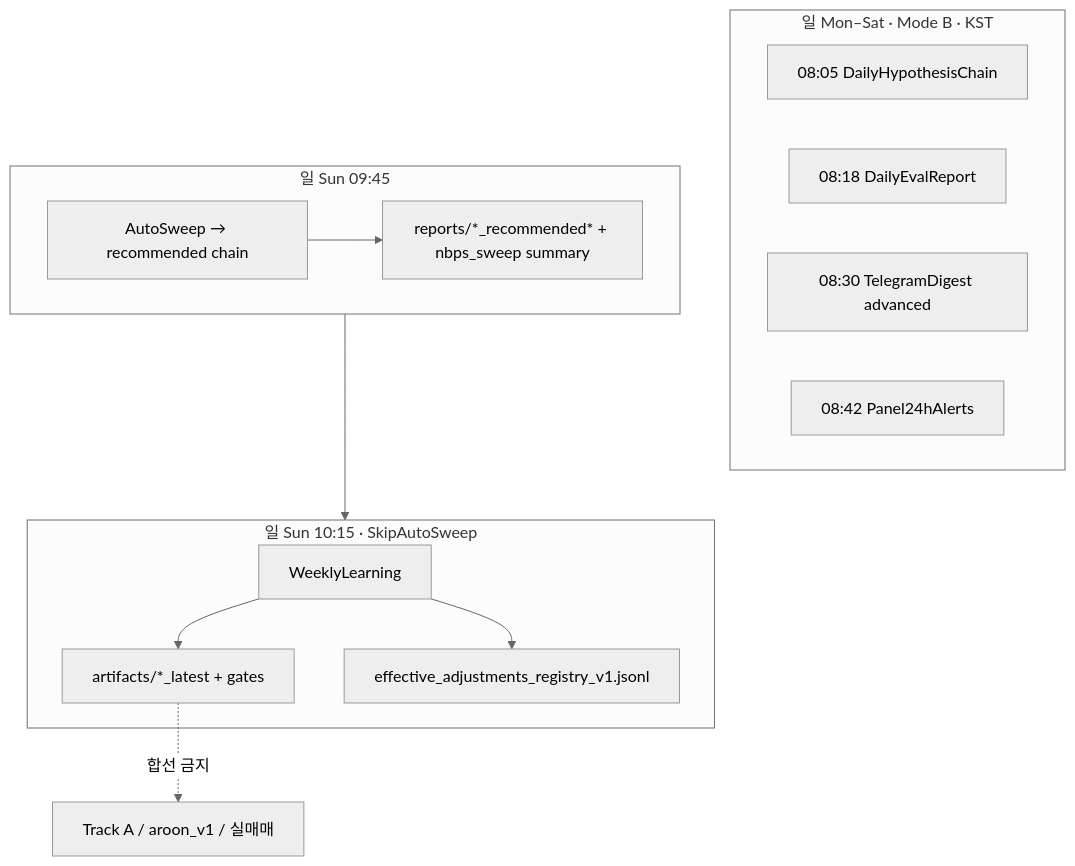
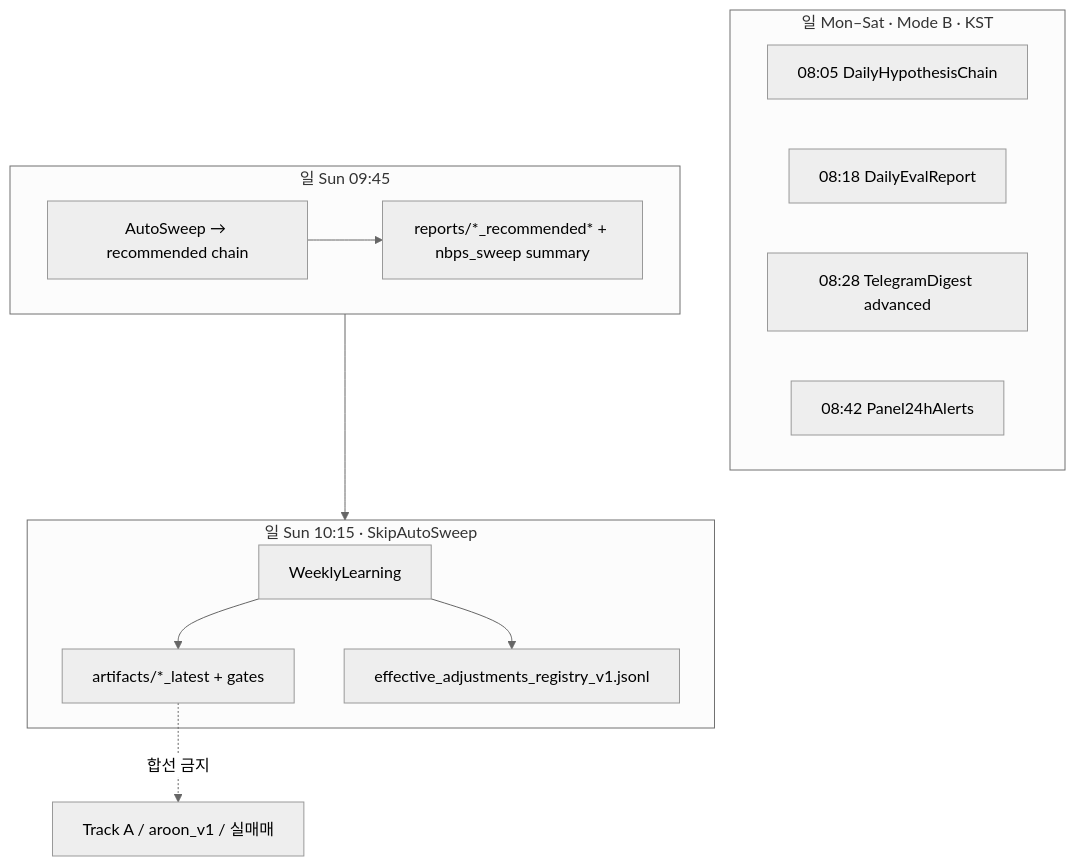
The diagram in docs/final/CENTRAL_AGENT_MEMORY_V1.md (mkmlab-v2/mkm-logos-research-oss), drawn with Mermaid (neutral theme) before and after one commit. The commit also changed other lines of this file and 2 other files, not shown here.

````diff
--- a/docs/final/CENTRAL_AGENT_MEMORY_V1.md
+++ b/docs/final/CENTRAL_AGENT_MEMORY_V1.md
@@ -487,20 +530,20 @@
 ```mermaid
 flowchart TD
   subgraph D ["일 Mon–Sat · Mode B · KST"]
     D1[08:05 DailyHypothesisChain]
     D2[08:18 DailyEvalReport]
-    D3[08:30 TelegramDigest advanced]
+    D3[08:28 TelegramDigest advanced]
     D4[08:42 Panel24hAlerts]
   end
   subgraph W0945 ["일 Sun 09:45"]
     S[AutoSweep → recommended chain]
     S --> R[reports/*_recommended* + nbps_sweep summary]
   end
   subgraph W1015 ["일 Sun 10:15 · SkipAutoSweep"]
     L[WeeklyLearning]
     L --> A[artifacts/*_latest + gates]
     L --> REG[effective_adjustments_registry_v1.jsonl]
   end
   W0945 --> W1015
   A -.->|합선 금지| X[Track A / aroon_v1 / 실매매]
 ```
````
